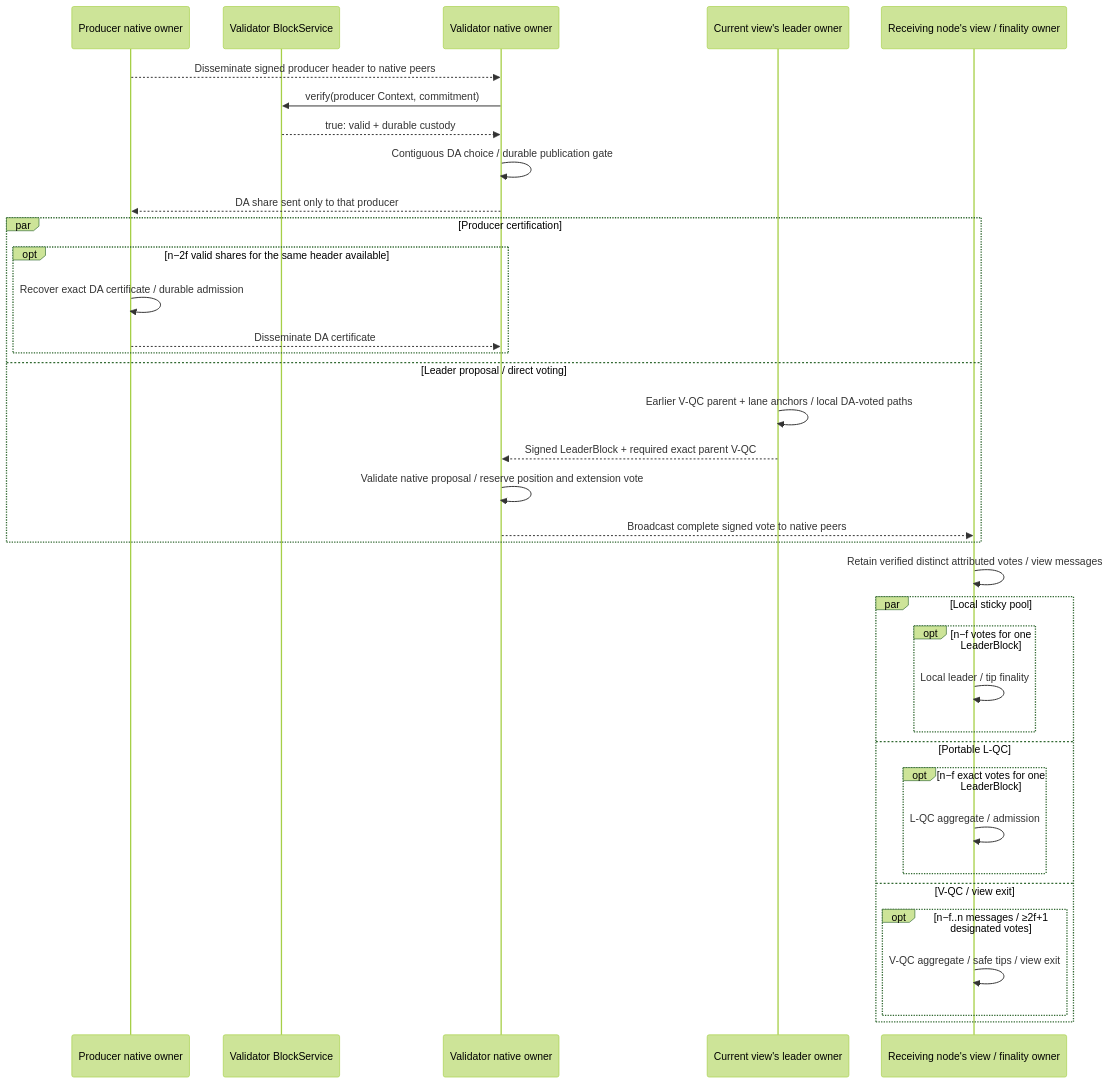
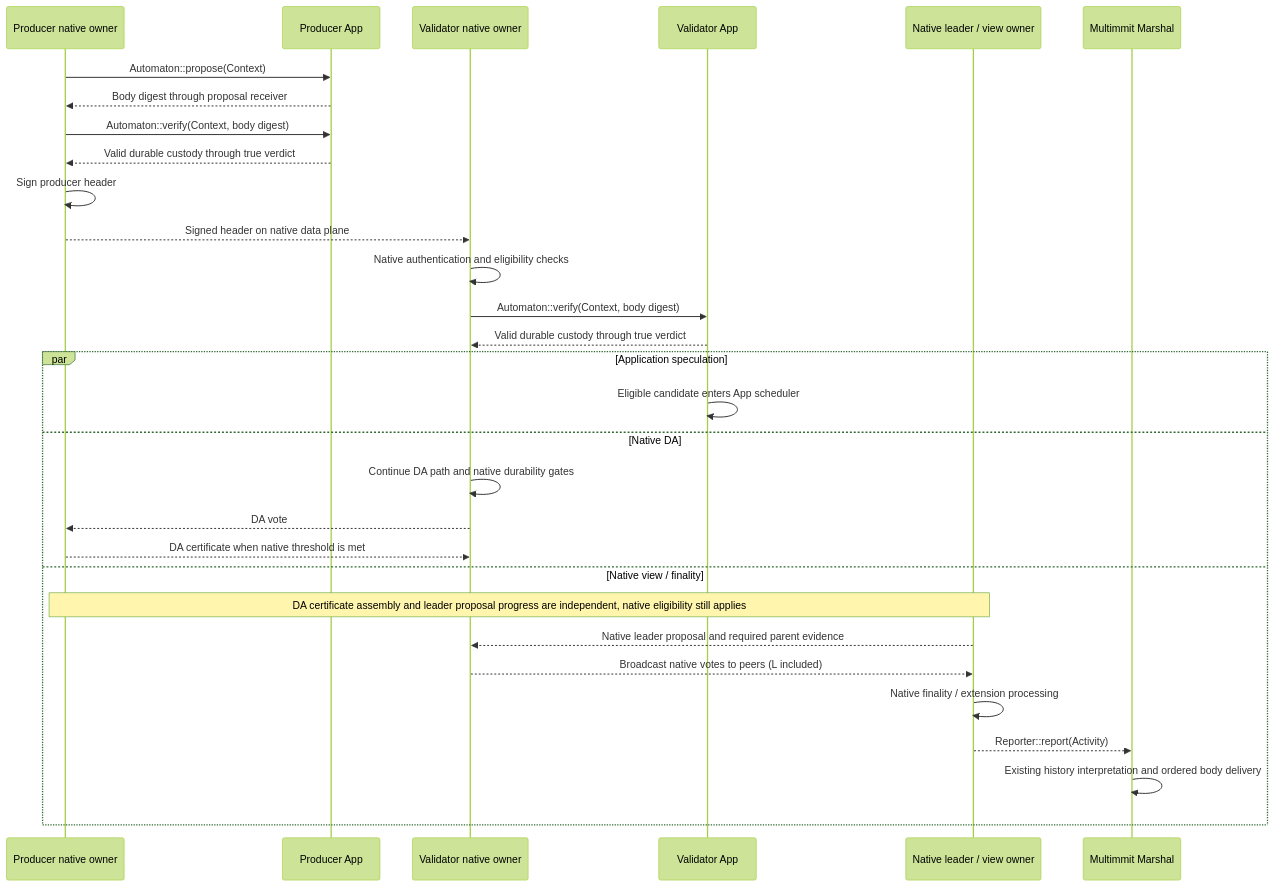
One commit to djm07073/baton-research changed the diagram in docs/e2e/native-consensus.md. Above: the diagram before and after it, drawn with Mermaid (forest theme). The commit also changed other lines of this file and 292 other files, not shown here.

````diff
--- a/docs/e2e/native-consensus.md
+++ b/docs/e2e/native-consensus.md
@@ -9,38 +11,32 @@
 ```mermaid
 sequenceDiagram
     participant P as Producer native owner
-    participant A as Validator BlockService
+    participant A as Producer App
     participant V as Validator native owner
-    participant L as Current view's leader owner
-    participant F as Receiving node's view / finality owner
-    P-->>V: Disseminate signed producer header to native peers
-    V->>A: verify(producer Context, commitment)
-    A-->>V: true: valid + durable custody
-    V->>V: Contiguous DA choice / durable publication gate
-    V-->>P: DA share sent only to that producer
-    par Producer certification
-        opt n−2f valid shares for the same header available
-            P->>P: Recover exact DA certificate / durable admission
-            P-->>V: Disseminate DA certificate
-        end
-    and Leader proposal / direct voting
-        L->>L: Earlier V-QC parent + lane anchors / local DA-voted paths
-        L-->>V: Signed LeaderBlock + required exact parent V-QC
-        V->>V: Validate native proposal / reserve position and extension vote
-        V-->>F: Broadcast complete signed vote to native peers
-    end
-    F->>F: Retain verified distinct attributed votes / view messages
-    par Local sticky pool
-        opt n−f votes for one LeaderBlock
-            F->>F: Local leader / tip finality
-        end
-    and Portable L-QC
-        opt n−f exact votes for one LeaderBlock
-            F->>F: L-QC aggregate / admission
-        end
-    and V-QC / view exit
-        opt n−f..n messages / ≥2f+1 designated votes
-            F->>F: V-QC aggregate / safe tips / view exit
-        end
+    participant B as Validator App
+    participant L as Native leader / view owner
+    participant M as Multimmit Marshal
+    P->>A: Automaton::propose(Context)
+    A-->>P: Body digest through proposal receiver
+    P->>A: Automaton::verify(Context, body digest)
+    A-->>P: Valid durable custody through true verdict
+    P->>P: Sign producer header
+    P-->>V: Signed header on native data plane
+    V->>V: Native authentication and eligibility checks
+    V->>B: Automaton::verify(Context, body digest)
+    B-->>V: Valid durable custody through true verdict
+    par Application speculation
+        B->>B: Eligible candidate enters App scheduler
+    and Native DA
+        V->>V: Continue DA path and native durability gates
+        V-->>P: DA vote
+        P-->>V: DA certificate when native threshold is met
+    and Native view / finality
+        Note over P,L: DA certificate assembly and leader proposal progress are independent, native eligibility still applies
+        L-->>V: Native leader proposal and required parent evidence
+        V-->>L: Broadcast native votes to peers (L included)
+        L->>L: Native finality / extension processing
+        L-->>M: Reporter::report(Activity)
+        M->>M: Existing history interpretation and ordered body delivery
     end
 ```
````
